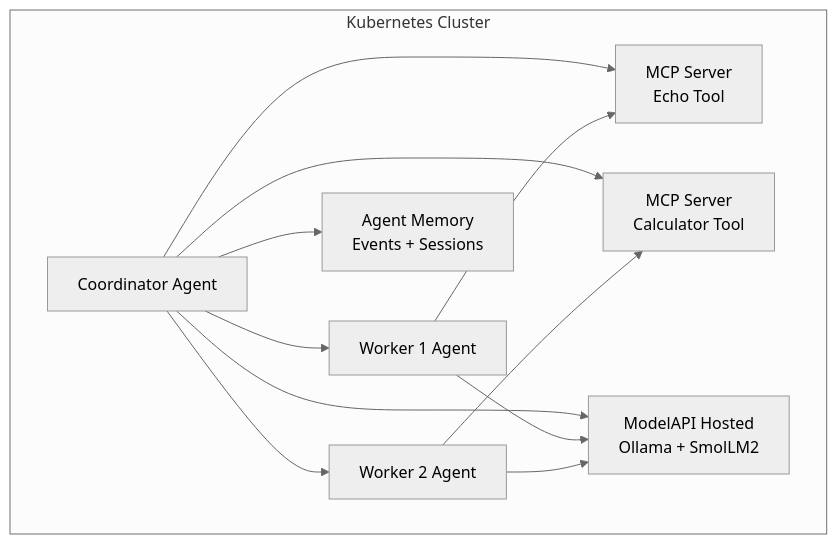
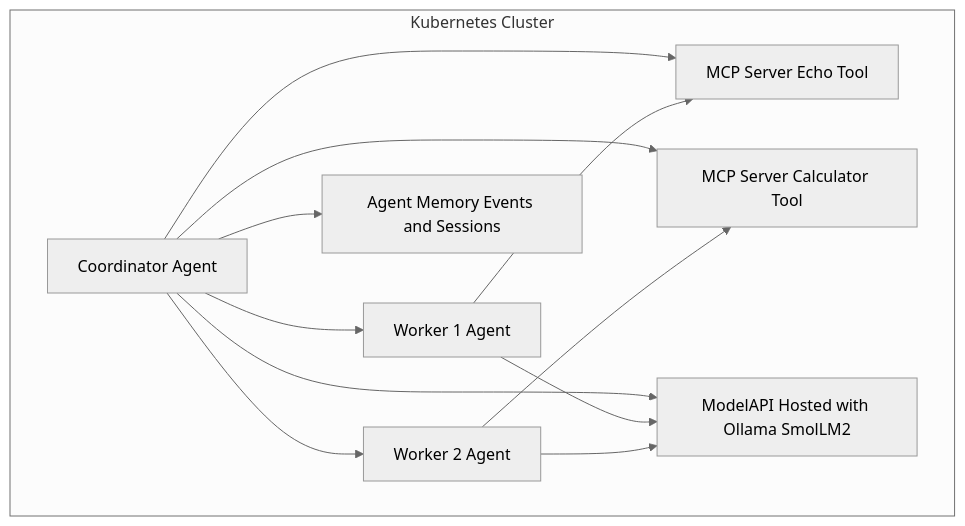
One commit to tirth1263/kaos-starter changed the diagram in README.md. Above: the diagram before and after it, drawn with Mermaid (neutral theme). The commit also changed other lines of this file and 1 other file, not shown here.

Commit message:
Fix GitHub Mermaid rendering

````diff
--- a/README.md
+++ b/README.md
@@ -31,23 +31,23 @@
 ```mermaid
 flowchart TB
-    subgraph kube["Kubernetes Cluster"]
-        coor["Coordinator Agent"]
-        wor1["Worker 1 Agent"]
-        wor2["Worker 2 Agent"]
-        api["ModelAPI Hosted\nOllama + SmolLM2"]
-        echo["MCP Server\nEcho Tool"]
-        calc["MCP Server\nCalculator Tool"]
-        mem["Agent Memory\nEvents + Sessions"]
+    subgraph kube[Kubernetes Cluster]
+        coor[Coordinator Agent]
+        wor1[Worker 1 Agent]
+        wor2[Worker 2 Agent]
+        api[ModelAPI Hosted with Ollama SmolLM2]
+        echo[MCP Server Echo Tool]
+        calc[MCP Server Calculator Tool]
+        mem[Agent Memory Events and Sessions]
     end
 
     coor --> wor1
     coor --> wor2
     coor --> echo
     coor --> calc
     wor1 --> echo
     wor2 --> calc
     coor --> api
     wor1 --> api
     wor2 --> api
     coor --> mem
 ```
````
